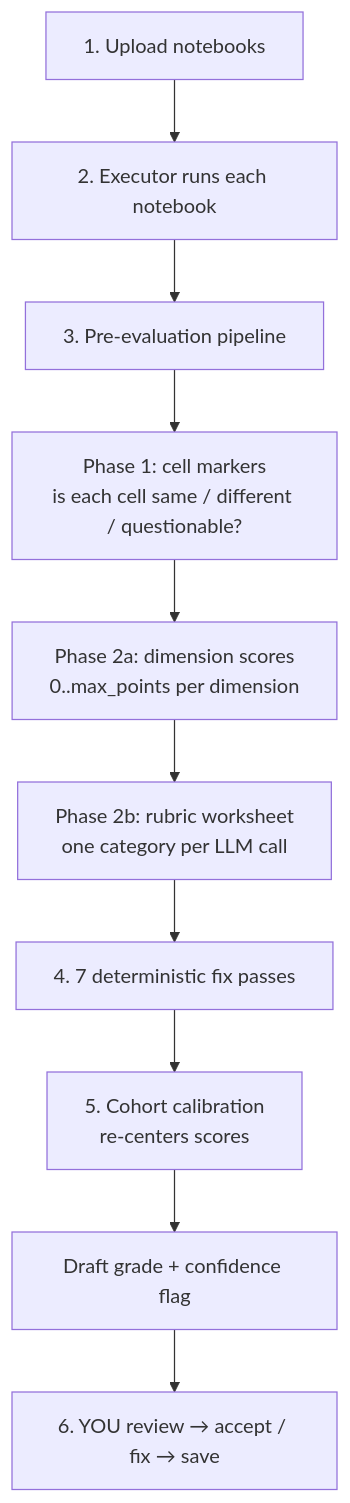
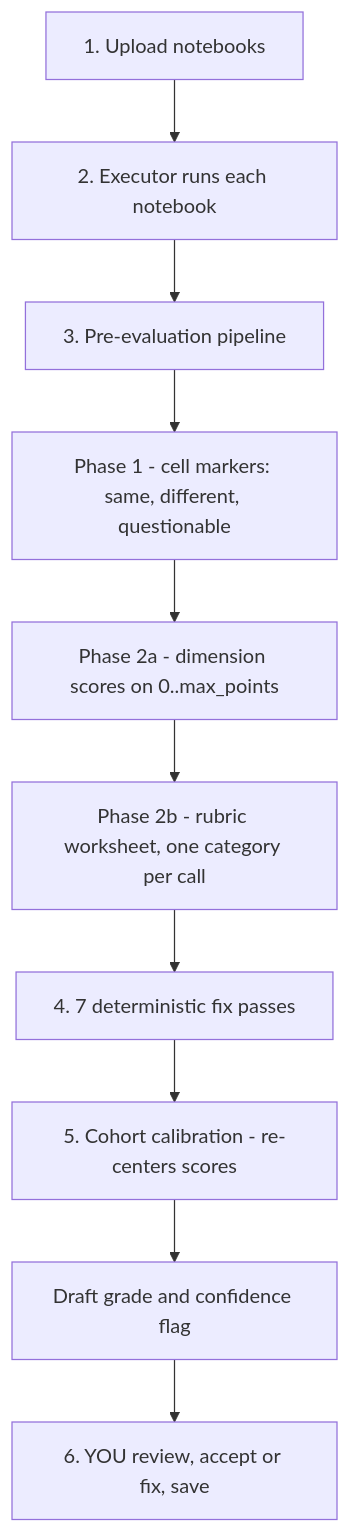
The second of 3 diagrams in .github/references/concepts.md (EmKaCe/scipro_review), drawn with Mermaid before and after one commit. The commit also changed other lines of this file and 2 other files, not shown here.

First line of the commit message:
docs: fix mermaid rendering + stale claims; drop internal release-readiness roadmap

````diff
--- a/.github/references/concepts.md
+++ b/.github/references/concepts.md
@@ -53,12 +53,12 @@
 ```mermaid
 flowchart TD
     A[1. Upload notebooks] --> B[2. Executor runs each notebook]
     B --> C[3. Pre-evaluation pipeline]
-    C --> C1[Phase 1: cell markers<br/>is each cell same / different / questionable?]
-    C1 --> C2[Phase 2a: dimension scores<br/>0..max_points per dimension]
-    C2 --> C3[Phase 2b: rubric worksheet<br/>one category per LLM call]
+    C --> C1[Phase 1 - cell markers: same, different, questionable]
+    C1 --> C2[Phase 2a - dimension scores on 0..max_points]
+    C2 --> C3[Phase 2b - rubric worksheet, one category per call]
     C3 --> D[4. 7 deterministic fix passes]
-    D --> E[5. Cohort calibration<br/>re-centers scores]
-    E --> F[Draft grade + confidence flag]
-    F --> G[6. YOU review → accept / fix → save]
+    D --> E[5. Cohort calibration - re-centers scores]
+    E --> F[Draft grade and confidence flag]
+    F --> G[6. YOU review, accept or fix, save]
 ```
````
